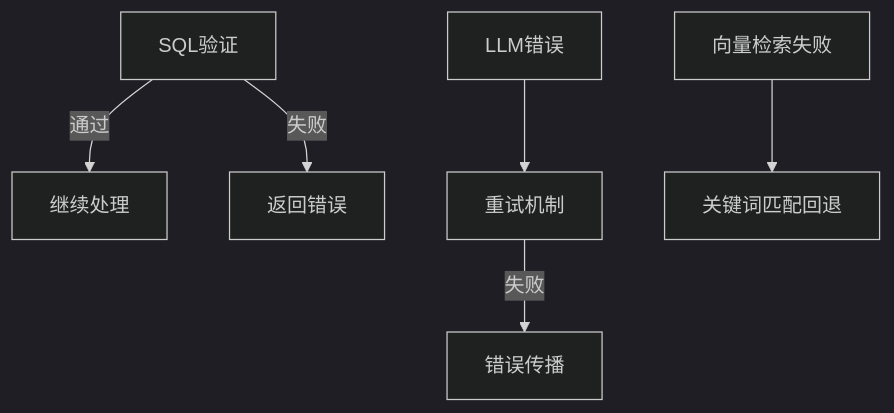
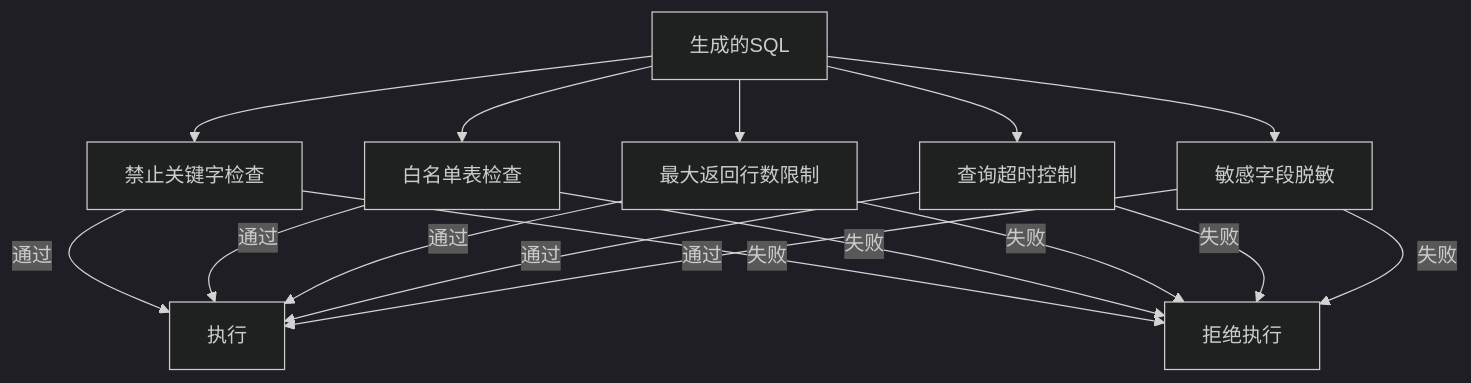
One commit to HanHuiOnLine/724-office changed the eighth of 9 diagrams in NL2SQL/.qoder/repowiki/zh/content/系统架构/数据流设计.md. Above: the diagram before and after it, drawn with Mermaid (dark theme). The commit also changed other lines of this file and 207 other files, not shown here.

````diff
--- a/NL2SQL/.qoder/repowiki/zh/content/系统架构/数据流设计.md
+++ b/NL2SQL/.qoder/repowiki/zh/content/系统架构/数据流设计.md
@@ -306,8 +307,18 @@
 ```mermaid
 flowchart TD
-ValidateSQL["SQL验证"] --> |通过| Proceed["继续处理"]
-ValidateSQL --> |失败| ReturnError["返回错误"]
-LLMError["LLM错误"] --> Retry["重试机制"]
-Retry --> |失败| Propagate["错误传播"]
-VecFail["向量检索失败"] --> Fallback["关键词匹配回退"]
+SQL["生成的SQL"] --> KW["禁止关键字检查"]
+SQL --> WL["白名单表检查"]
+SQL --> ROW["最大返回行数限制"]
+SQL --> TO["查询超时控制"]
+SQL --> SENS["敏感字段脱敏"]
+KW --> |通过| EXEC["执行"]
+WL --> |通过| EXEC
+ROW --> |通过| EXEC
+TO --> |通过| EXEC
+SENS --> |通过| EXEC
+KW --> |失败| DENY["拒绝执行"]
+WL --> |失败| DENY
+ROW --> |失败| DENY
+TO --> |失败| DENY
+SENS --> |失败| DENY
 ```
````
